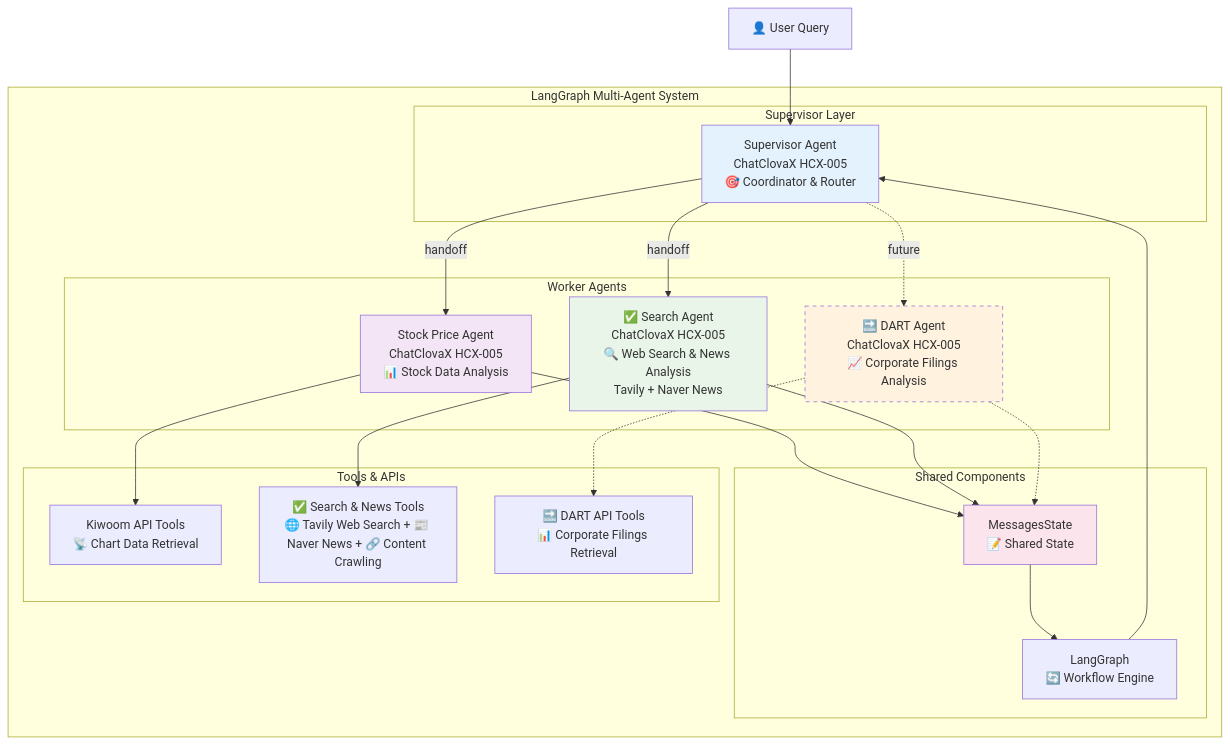
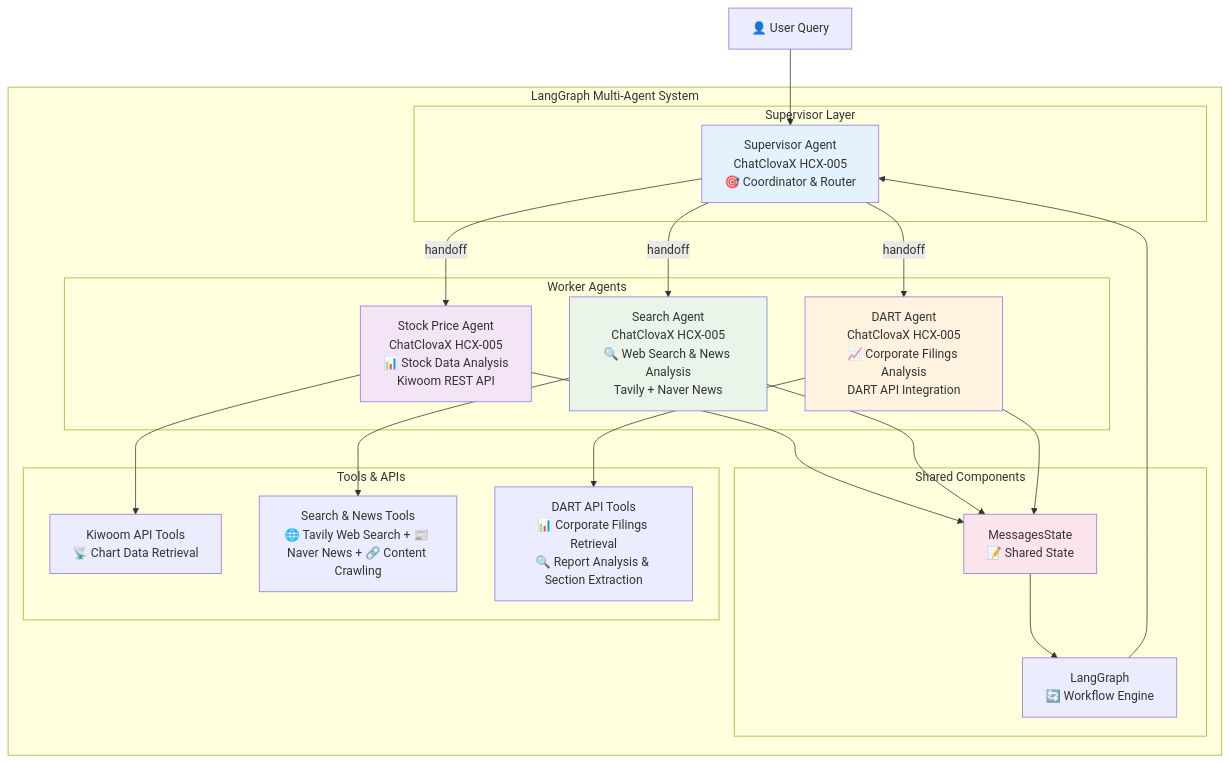
The second of 21 diagrams in backend/MULTI_AGENT_SYSTEM_DOCUMENTATION.md (yuujinnn/Stockreport-reader), drawn with Mermaid before and after one commit. The commit also changed other lines of this file and 5 other files, not shown here.

````diff
--- a/backend/MULTI_AGENT_SYSTEM_DOCUMENTATION.md
+++ b/backend/MULTI_AGENT_SYSTEM_DOCUMENTATION.md
@@ -88,47 +133,47 @@
 ```mermaid
 graph TB
     subgraph "LangGraph Multi-Agent System"
         subgraph "Supervisor Layer"
             Supervisor[Supervisor Agent<br/>ChatClovaX HCX-005<br/>🎯 Coordinator & Router]
         end
         
         subgraph "Worker Agents"
-            StockAgent[Stock Price Agent<br/>ChatClovaX HCX-005<br/>📊 Stock Data Analysis]
-            SearchAgent[✅ Search Agent<br/>ChatClovaX HCX-005<br/>🔍 Web Search & News Analysis<br/>Tavily + Naver News]
-            DARTAgent[🔜 DART Agent<br/>ChatClovaX HCX-005<br/>📈 Corporate Filings Analysis]
+            StockAgent[Stock Price Agent<br/>ChatClovaX HCX-005<br/>📊 Stock Data Analysis<br/>Kiwoom REST API]
+            SearchAgent[Search Agent<br/>ChatClovaX HCX-005<br/>🔍 Web Search & News Analysis<br/>Tavily + Naver News]
+            DARTAgent[DART Agent<br/>ChatClovaX HCX-005<br/>📈 Corporate Filings Analysis<br/>DART API Integration]
         end
         
         subgraph "Shared Components"
             State[MessagesState<br/>📝 Shared State]
             Graph[LangGraph<br/>🔄 Workflow Engine]
         end
         
         subgraph "Tools & APIs"
             KiwoomTools[Kiwoom API Tools<br/>📡 Chart Data Retrieval]
-            SearchTools[✅ Search & News Tools<br/>🌐 Tavily Web Search + 📰 Naver News + 🔗 Content Crawling]
-            DARTTools[🔜 DART API Tools<br/>📊 Corporate Filings Retrieval]
+            SearchTools[Search & News Tools<br/>🌐 Tavily Web Search + 📰 Naver News + 🔗 Content Crawling]
+            DARTTools[DART API Tools<br/>📊 Corporate Filings Retrieval<br/>🔍 Report Analysis & Section Extraction]
         end
     end
     
     User[👤 User Query] --> Supervisor
     Supervisor -->|handoff| StockAgent
     Supervisor -->|handoff| SearchAgent
-    Supervisor -.->|future| DARTAgent
+    Supervisor -->|handoff| DARTAgent
     
     StockAgent --> KiwoomTools
     SearchAgent --> SearchTools
-    DARTAgent -.-> DARTTools
+    DARTAgent --> DARTTools
     
     StockAgent --> State
     SearchAgent --> State
-    DARTAgent -.-> State
+    DARTAgent --> State
     
     State --> Graph
     Graph --> Supervisor
     
     style Supervisor fill:#e3f2fd
     style StockAgent fill:#f3e5f5
     style SearchAgent fill:#e8f5e8
-    style DARTAgent fill:#fff3e0,stroke-dasharray: 5 5
+    style DARTAgent fill:#fff3e0
     style State fill:#fce4ec
 ```
````
